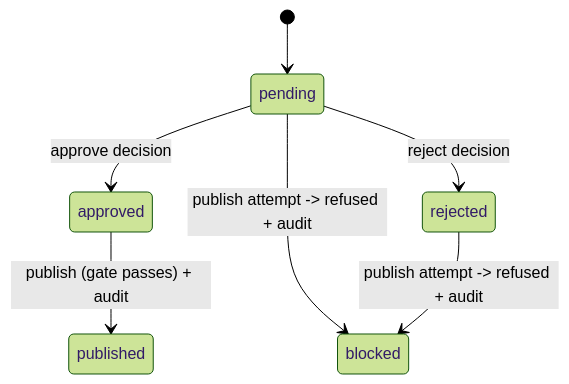
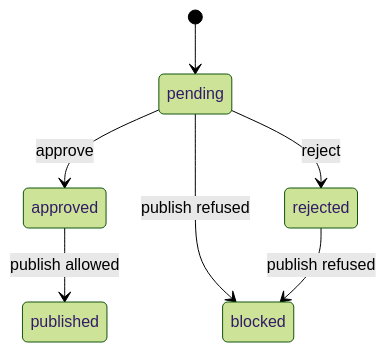
One commit to krukmat/dubbridge changed the third of 10 diagrams in docs/tasks/s-160-review-publication-workspace.md. Above: the diagram before and after it, drawn with Mermaid (forest theme). The commit also changed other lines of this file and 5 other files, not shown here.

````diff
--- a/docs/tasks/s-160-review-publication-workspace.md
+++ b/docs/tasks/s-160-review-publication-workspace.md
@@ -515,9 +590,9 @@
   ```mermaid
   stateDiagram-v2
     [*] --> pending
-    pending --> approved: approve decision
-    pending --> rejected: reject decision
-    approved --> published: publish (gate passes) + audit
-    pending --> blocked: publish attempt -> refused + audit
-    rejected --> blocked: publish attempt -> refused + audit
+    pending --> approved: approve
+    pending --> rejected: reject
+    approved --> published: publish allowed
+    pending --> blocked: publish refused
+    rejected --> blocked: publish refused
   ```
````
